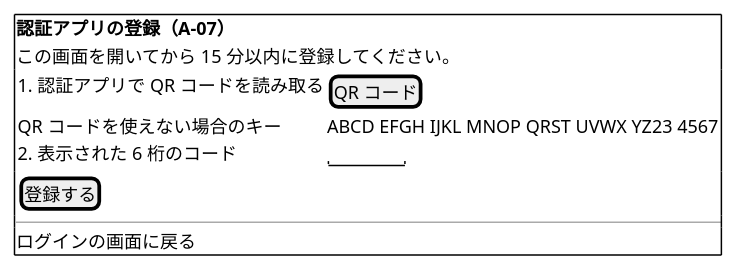
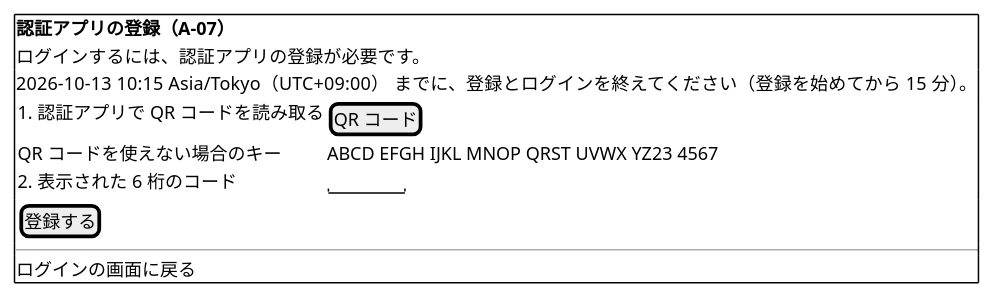
The tenth of 26 diagrams in docs/design/cargo-tracker/ui_design.md (k2works/practical-domain-driven-design-in-enterpris-application), drawn with PlantUML before and after one commit. The commit also changed other lines of this file and 4 other files, not shown here.

````diff
--- a/docs/design/cargo-tracker/ui_design.md
+++ b/docs/design/cargo-tracker/ui_design.md
@@ -519,16 +519,17 @@
 ```plantuml
 @startsalt
 {+
   <b>認証アプリの登録（A-07）
-  この画面を開いてから 15 分以内に登録してください。
+  ログインするには、認証アプリの登録が必要です。
+  2026-10-13 10:15 Asia/Tokyo（UTC+09:00） までに、登録とログインを終えてください（登録を始めてから 15 分）。
   {
     1. 認証アプリで QR コードを読み取る | [QR コード]
     QR コードを使えない場合のキー | ABCD EFGH IJKL MNOP QRST UVWX YZ23 4567
     2. 表示された 6 桁のコード | "      "
   }
   { [ 登録する ] }
   ---
   ログインの画面に戻る
 }
 @endsalt
 ```
````
